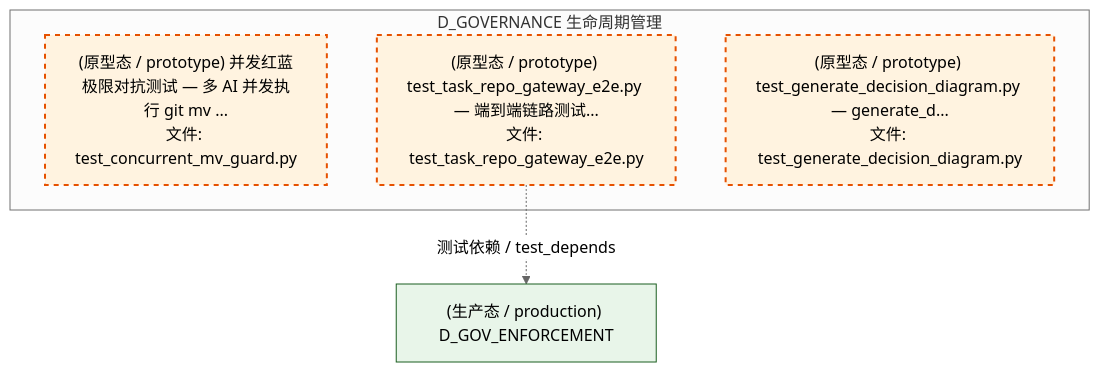
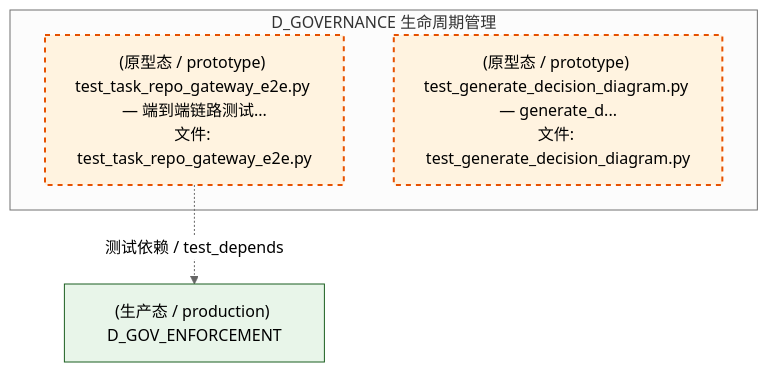
Before and after one commit to xuanFelixVan/ZephyrAlpha: the eighth of 12 diagrams in docs/02_enterprise_architecture/02_domain_architecture_docs/38_d_governance.md, drawn with Mermaid (neutral theme). The commit also changed other lines of this file and 100 other files, not shown here.

First line of the commit message:
chore(docs): auto-regenerate domain docs by GitCommitGateway post-commit

````diff
--- a/docs/02_enterprise_architecture/02_domain_architecture_docs/38_d_governance.md
+++ b/docs/02_enterprise_architecture/02_domain_architecture_docs/38_d_governance.md
@@ -927,16 +920,15 @@
 ```mermaid
 graph TD
     subgraph D_GOVERNANCE["D_GOVERNANCE 生命周期管理"]
-        tests_rollback_test_concurrent_mv_guard_py["(原型态 / prototype) 并发红蓝极限对抗测试 — 多 AI 并发执行 git mv ...<br/>文件: test_concurrent_mv_guard.py"]
         tests_task_test_task_repo_gateway_e2e_py["(原型态 / prototype) test_task_repo_gateway_e2e.py — 端到端链路测试...<br/>文件: test_task_repo_gateway_e2e.py"]
         tests_test_generate_decision_diagram_py["(原型态 / prototype) test_generate_decision_diagram.py — generate_d...<br/>文件: test_generate_decision_diagram.py"]
     end
     D_GOV_ENFORCEMENT["(生产态 / production) D_GOV_ENFORCEMENT"]
     tests_task_test_task_repo_gateway_e2e_py -.->|测试依赖 / test_depends| D_GOV_ENFORCEMENT
     classDef production fill:#e1f5fe,stroke:#01579b,stroke-width:2px,color:#000
     classDef design fill:#fff3e0,stroke:#e65100,stroke-width:2px,color:#000,stroke-dasharray: 5 5
     classDef external_prod fill:#e8f5e9,stroke:#1b5e20,stroke-width:1px,color:#000
     classDef external_design fill:#fce4ec,stroke:#880e4f,stroke-width:1px,color:#000,stroke-dasharray: 5 5
-    class tests_rollback_test_concurrent_mv_guard_py,tests_task_test_task_repo_gateway_e2e_py,tests_test_generate_decision_diagram_py design
+    class tests_task_test_task_repo_gateway_e2e_py,tests_test_generate_decision_diagram_py design
     class D_GOV_ENFORCEMENT external_prod
 ```
````
